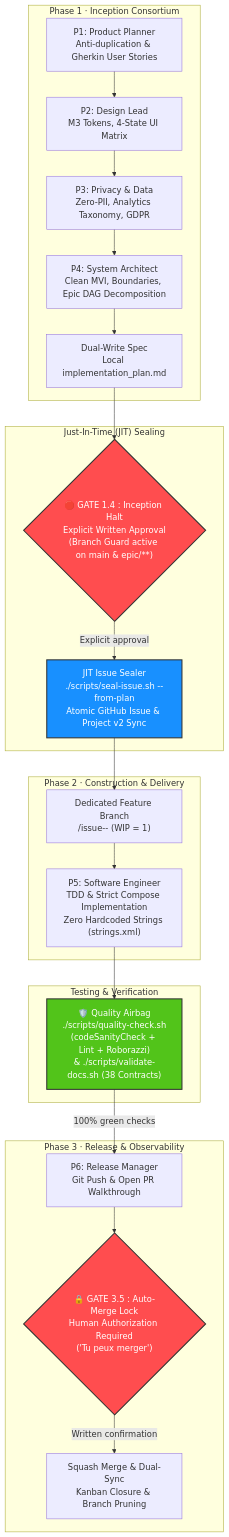
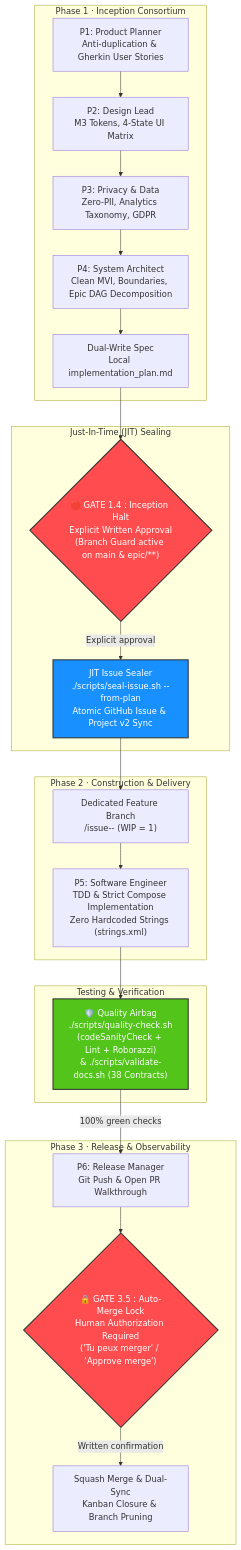
The diagram in README.md (nicolasvd/agentic-android-delivery-kernel), drawn with Mermaid before and after one commit. The commit also changed other lines of this file and 8 other files, not shown here.

````diff
--- a/README.md
+++ b/README.md
@@ -40,35 +40,35 @@
 ```mermaid
 flowchart TD
     subgraph Inception["Phase 1 · Inception Consortium"]
         P1["P1: Product Planner\nAnti-duplication & Gherkin User Stories"] --> P2["P2: Design Lead\nM3 Tokens, 4-State UI Matrix"]
         P2 --> P3["P3: Privacy & Data\nZero-PII, Analytics Taxonomy, GDPR"]
         P3 --> P4["P4: System Architect\nClean MVI, Boundaries, Epic DAG Decomposition"]
         P4 --> Spec["Dual-Write Spec\nLocal implementation_plan.md"]
     end
 
     Spec --> Gate14{"🛑 GATE 1.4 : Inception Halt\nExplicit Written Approval\n(Branch Guard active on main & epic/**)"}
 
     subgraph Sealing["Just-In-Time (JIT) Sealing"]
         Gate14 -->|Explicit approval| JIT["JIT Issue Sealer\n./scripts/seal-issue.sh --from-plan\nAtomic GitHub Issue & Project v2 Sync"]
     end
 
     subgraph Delivery["Phase 2 · Construction & Delivery"]
         JIT --> Branch["Dedicated Feature Branch\n<type>/issue-<id>-<slug> (WIP = 1)"]
         Branch --> P5["P5: Software Engineer\nTDD & Strict Compose Implementation\nZero Hardcoded Strings (strings.xml)"]
     end
 
     subgraph Testing["Testing & Verification"]
         P5 --> Airbag["🛡️ Quality Airbag\n./scripts/quality-check.sh\n(codeSanityCheck + Lint + Roborazzi)\n& ./scripts/validate-docs.sh (38 Contracts)"]
     end
 
     subgraph Release["Phase 3 · Release & Observability"]
         Airbag -->|100% green checks| P6["P6: Release Manager\nGit Push & Open PR Walkthrough"]
-        P6 --> Gate35{"🔒 GATE 3.5 : Auto-Merge Lock\nHuman Authorization Required\n('Tu peux merger')"}
+        P6 --> Gate35{"🔒 GATE 3.5 : Auto-Merge Lock\nHuman Authorization Required\n('Tu peux merger' / 'Approve merge')"}
         Gate35 -->|Written confirmation| Merge["Squash Merge & Dual-Sync\nKanban Closure & Branch Pruning"]
     end
 
     style Gate14 fill:#ff4d4f,stroke:#333,stroke-width:2px,color:#fff
     style Gate35 fill:#ff4d4f,stroke:#333,stroke-width:2px,color:#fff
     style Airbag fill:#52c41a,stroke:#333,stroke-width:2px,color:#fff
     style JIT fill:#1890ff,stroke:#333,stroke-width:2px,color:#fff
 ```
````
